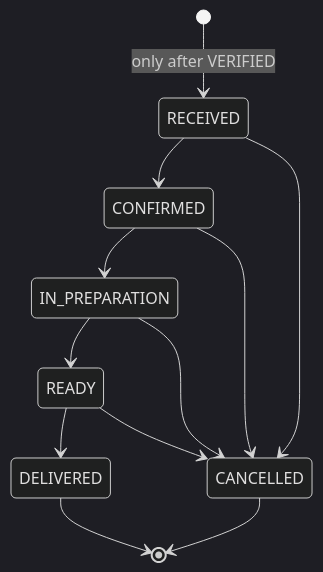
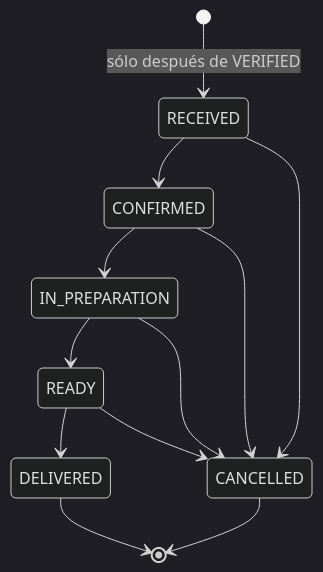
One commit to sjo1848/taco-loco changed the sixth of 11 diagrams in docs/product/TL-HIGH-LEVEL-WORKFLOWS.md. Above: the diagram before and after it, drawn with Mermaid (dark theme). The commit also changed other lines of this file, not shown here.

Commit message:
docs: close Taco Loco order-flow HLD human review

````diff
--- a/docs/product/TL-HIGH-LEVEL-WORKFLOWS.md
+++ b/docs/product/TL-HIGH-LEVEL-WORKFLOWS.md
@@ -211,14 +210,14 @@
 ```mermaid
 stateDiagram-v2
-    [*] --> RECEIVED: only after VERIFIED
+    [*] --> RECEIVED: sólo después de VERIFIED
     RECEIVED --> CONFIRMED
     RECEIVED --> CANCELLED
     CONFIRMED --> IN_PREPARATION
     CONFIRMED --> CANCELLED
     IN_PREPARATION --> READY
     IN_PREPARATION --> CANCELLED
     READY --> DELIVERED
     READY --> CANCELLED
     DELIVERED --> [*]
     CANCELLED --> [*]
 ```
````
